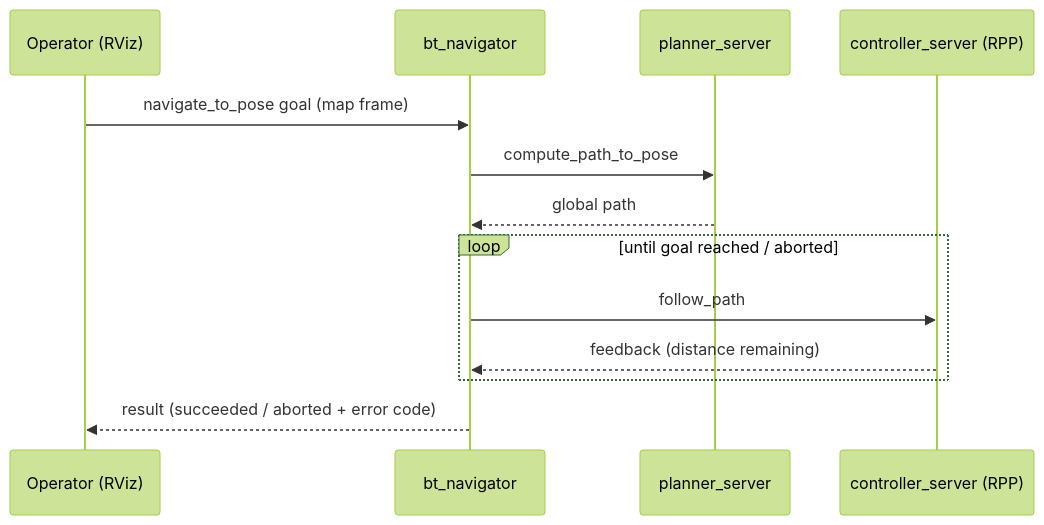
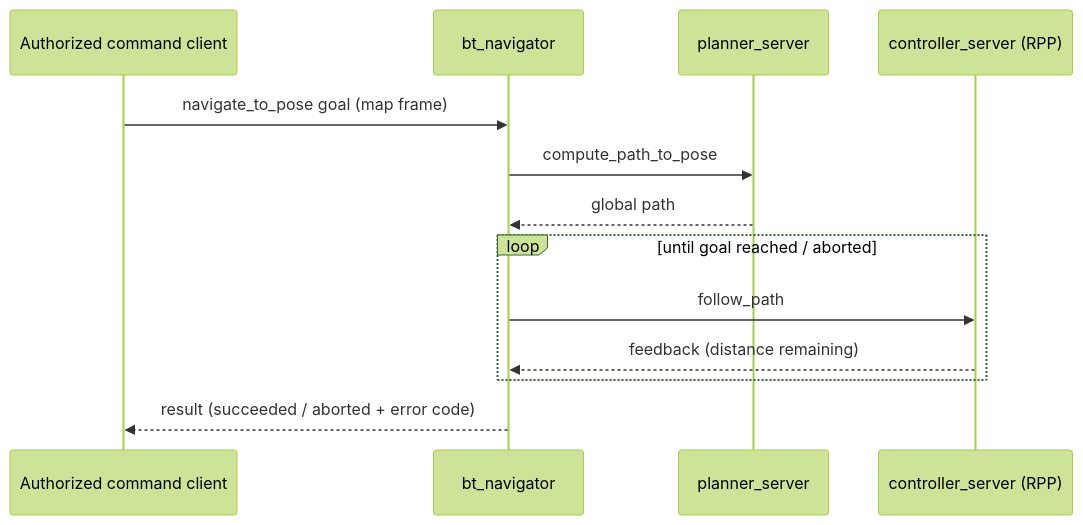
One commit to cmu-impactlab/patrolbot changed the diagram in docs/ros2/actions.md. Above: the diagram before and after it, drawn with Mermaid (forest theme). The commit also changed other lines of this file and 38 other files, not shown here.

````diff
--- a/docs/ros2/actions.md
+++ b/docs/ros2/actions.md
@@ -21,16 +20,16 @@
 ```mermaid
 sequenceDiagram
-    participant Op as Operator (RViz)
+    participant Op as Authorized command client
     participant BT as bt_navigator
     participant Plan as planner_server
     participant Ctrl as controller_server (RPP)
 
     Op->>BT: navigate_to_pose goal (map frame)
     BT->>Plan: compute_path_to_pose
     Plan-->>BT: global path
     loop until goal reached / aborted
         BT->>Ctrl: follow_path
         Ctrl-->>BT: feedback (distance remaining)
     end
     BT-->>Op: result (succeeded / aborted + error code)
 ```
````
